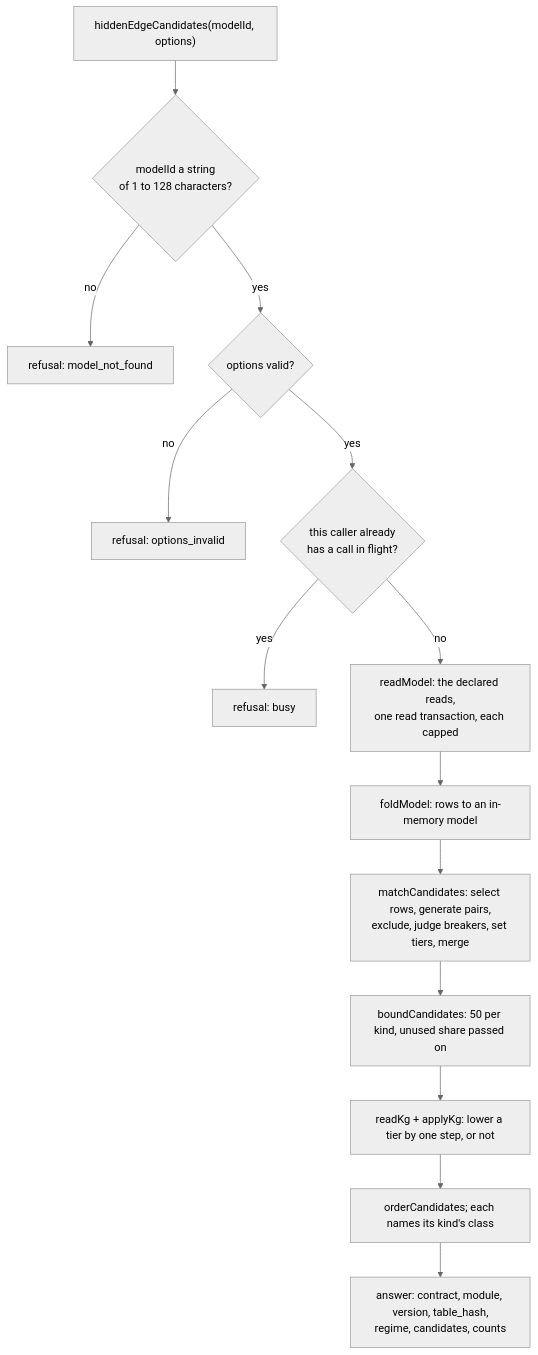
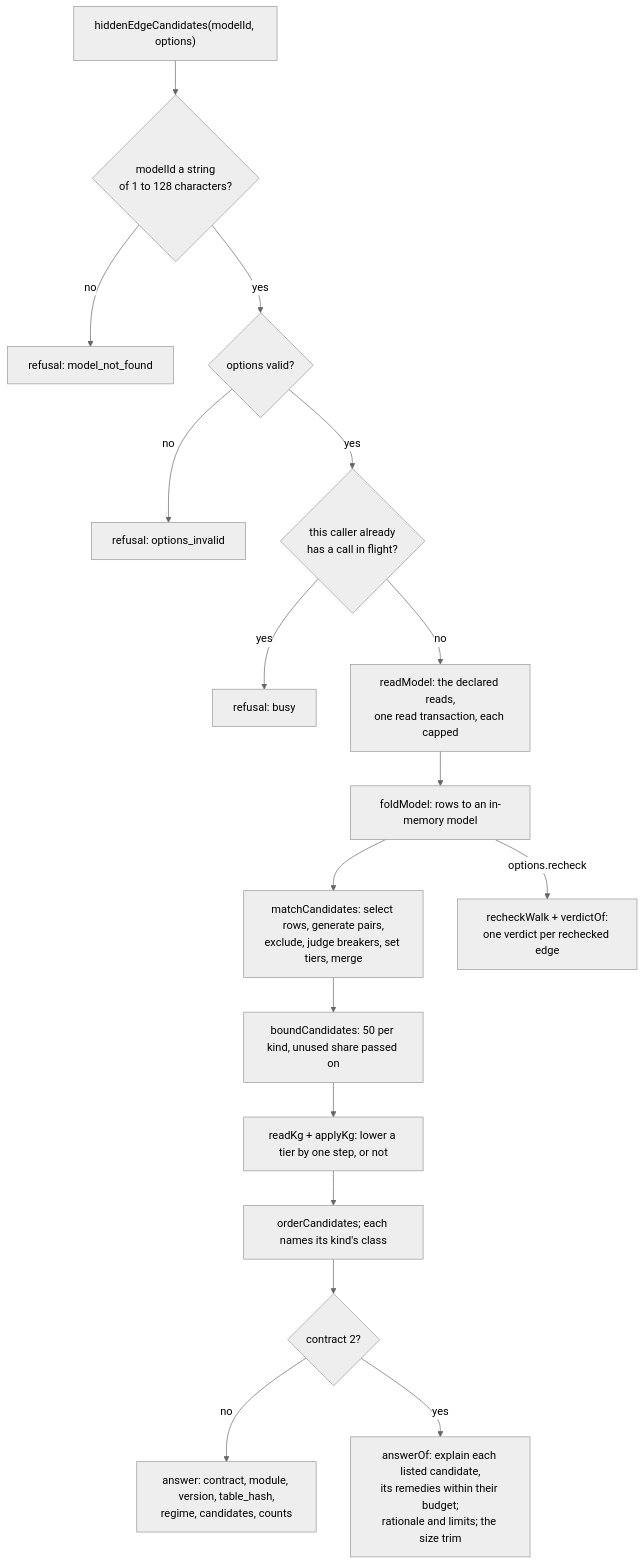
Before and after one commit to dether-net/dethernety-oss: the first of 2 diagrams in docs/architecture/dethernety-hidden-edges/architecture.md, drawn with Mermaid (neutral theme). The commit also changed other lines of this file and 128 other files, not shown here.

````diff
--- a/docs/architecture/dethernety-hidden-edges/architecture.md
+++ b/docs/architecture/dethernety-hidden-edges/architecture.md
@@ -22,16 +22,19 @@
 ```mermaid
 flowchart TD
     A["hiddenEdgeCandidates(modelId, options)"] --> B{"modelId a string<br/>of 1 to 128 characters?"}
     B -- no --> R1["refusal: model_not_found"]
     B -- yes --> C{"options valid?"}
     C -- no --> R2["refusal: options_invalid"]
     C -- yes --> D{"this caller already<br/>has a call in flight?"}
     D -- yes --> R3["refusal: busy"]
     D -- no --> E["readModel: the declared reads,<br/>one read transaction, each capped"]
     E --> F["foldModel: rows to an in-memory model"]
     F --> G["matchCandidates: select rows, generate pairs,<br/>exclude, judge breakers, set tiers, merge"]
     G --> H["boundCandidates: 50 per kind, unused share passed on"]
     H --> I["readKg + applyKg: lower a tier by one step, or not"]
     I --> J["orderCandidates; each names its kind's class"]
-    J --> K["answer: contract, module, version, table_hash,<br/>regime, candidates, counts"]
+    J --> L{"contract 2?"}
+    L -- no --> K["answer: contract, module, version, table_hash,<br/>regime, candidates, counts"]
+    L -- yes --> M["answerOf: explain each listed candidate,<br/>its remedies within their budget;<br/>rationale and limits; the size trim"]
+    F -- "options.recheck" --> N["recheckWalk + verdictOf:<br/>one verdict per rechecked edge"]
 ```
````
